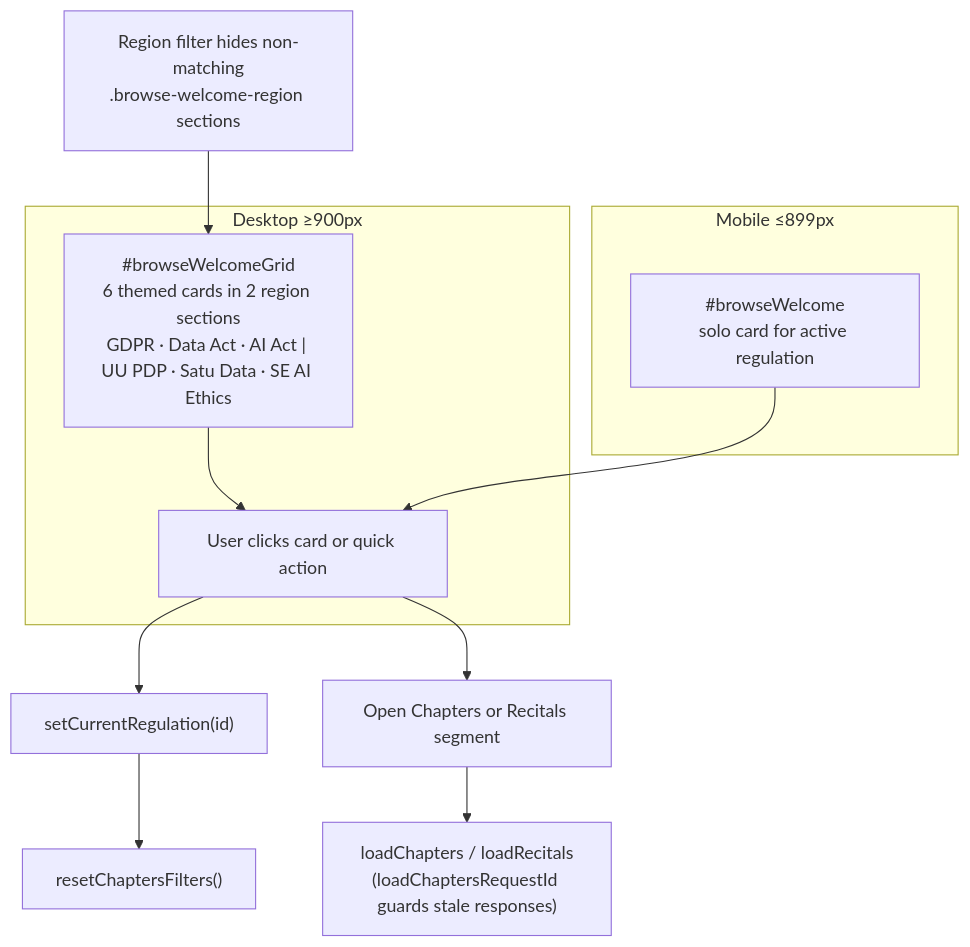
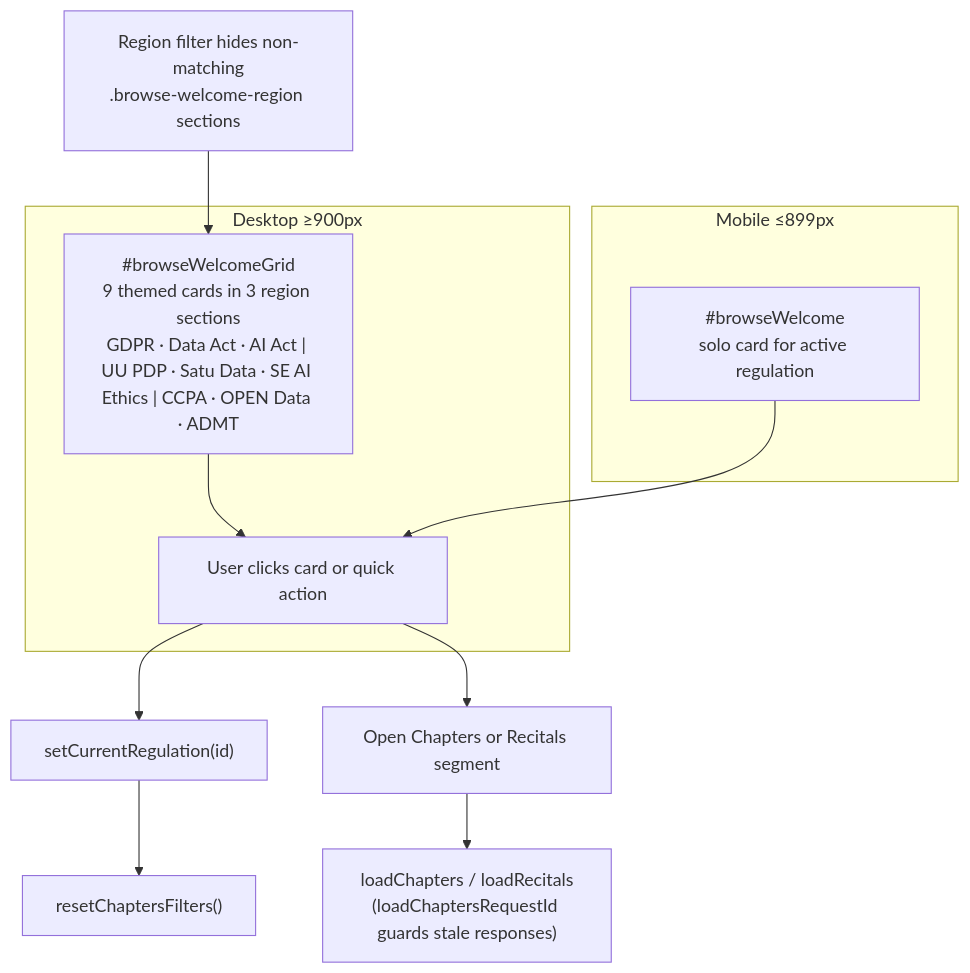
The fifth of 8 diagrams in docs/ARCHITECTURE.md (RifqiMT/gdpr-qa-platform), drawn with Mermaid before and after one commit. The commit also changed other lines of this file and 51 other files, not shown here.

````diff
--- a/docs/ARCHITECTURE.md
+++ b/docs/ARCHITECTURE.md
@@ -164,16 +190,16 @@
 ```mermaid
 flowchart TB
   subgraph desktop["Desktop ≥900px"]
-    grid["#browseWelcomeGrid\n6 themed cards in 2 region sections\nGDPR · Data Act · AI Act | UU PDP · Satu Data · SE AI Ethics"]
+    grid["#browseWelcomeGrid\n9 themed cards in 3 region sections\nGDPR · Data Act · AI Act | UU PDP · Satu Data · SE AI Ethics | CCPA · OPEN Data · ADMT"]
     grid --> pick["User clicks card or quick action"]
   end
   subgraph mobile["Mobile ≤899px"]
     solo["#browseWelcome\nsolo card for active regulation"]
     solo --> pick
   end
   rf["Region filter hides non-matching\n.browse-welcome-region sections"] --> grid
   pick --> setReg["setCurrentRegulation(id)"]
   setReg --> reset["resetChaptersFilters()"]
   pick --> seg["Open Chapters or Recitals segment"]
   seg --> load["loadChapters / loadRecitals\n(loadChaptersRequestId guards stale responses)"]
 ```
````
